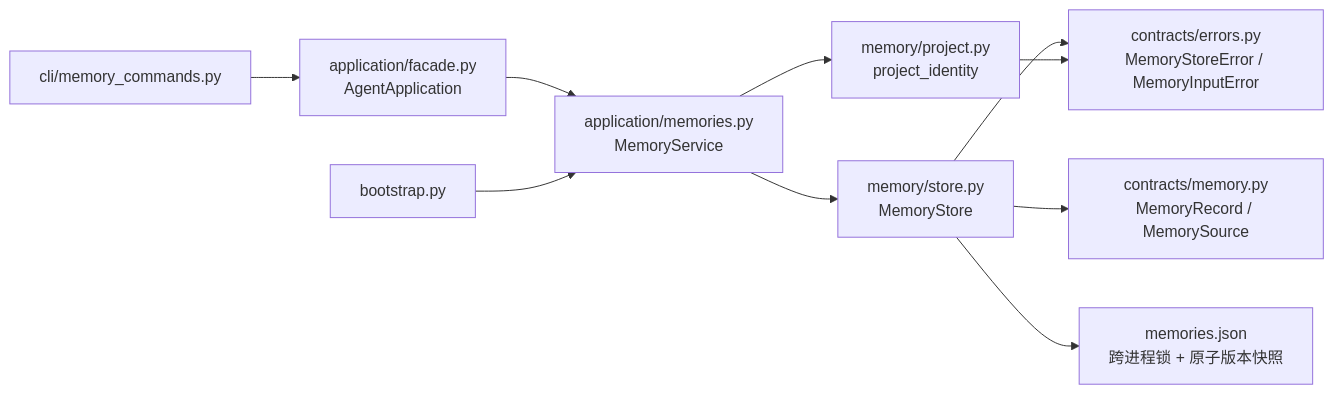
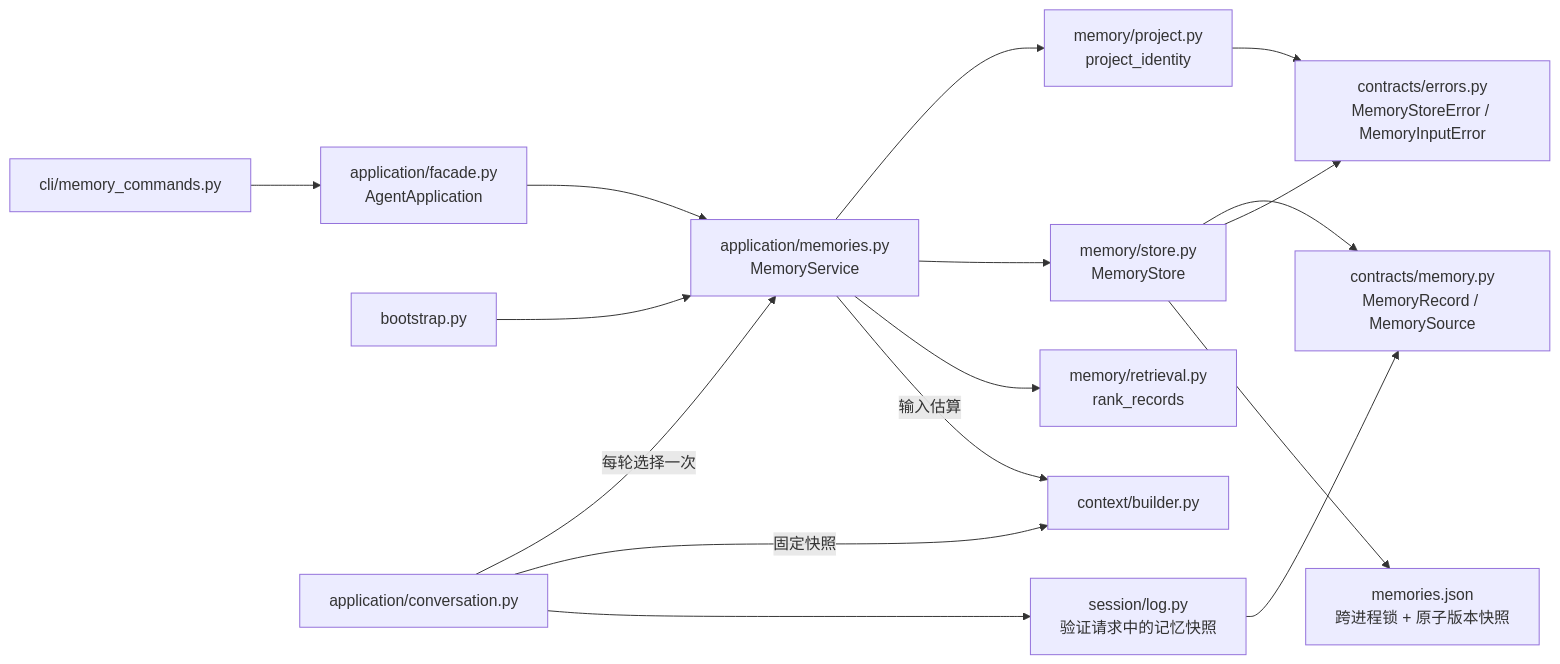
One commit to Plvltra/AdamAgent changed the first of 5 diagrams in docs/architecture.md. Above: the diagram before and after it, drawn with Mermaid. The commit also changed other lines of this file and 23 other files, not shown here.

````diff
--- a/docs/architecture.md
+++ b/docs/architecture.md
@@ -13,12 +13,18 @@
 ```mermaid
 flowchart LR
     CLI["cli/memory_commands.py"] --> APP["application/facade.py<br/>AgentApplication"]
     APP --> SERVICE["application/memories.py<br/>MemoryService"]
     BOOT["bootstrap.py"] --> SERVICE
     SERVICE --> PROJECT
     SERVICE --> STORE
+    CONV["application/conversation.py"] -->|每轮选择一次| SERVICE
+    SERVICE --> RANK["memory/retrieval.py<br/>rank_records"]
+    SERVICE -->|输入估算| BUILDER["context/builder.py"]
+    CONV -->|固定快照| BUILDER
+    CONV --> LOG["session/log.py<br/>验证请求中的记忆快照"]
+    LOG --> RECORD
     STORE["memory/store.py<br/>MemoryStore"] --> RECORD["contracts/memory.py<br/>MemoryRecord / MemorySource"]
     STORE --> ERR["contracts/errors.py<br/>MemoryStoreError / MemoryInputError"]
     PROJECT["memory/project.py<br/>project_identity"] --> ERR
     STORE --> FILE["memories.json<br/>跨进程锁 + 原子版本快照"]
 ```
````
